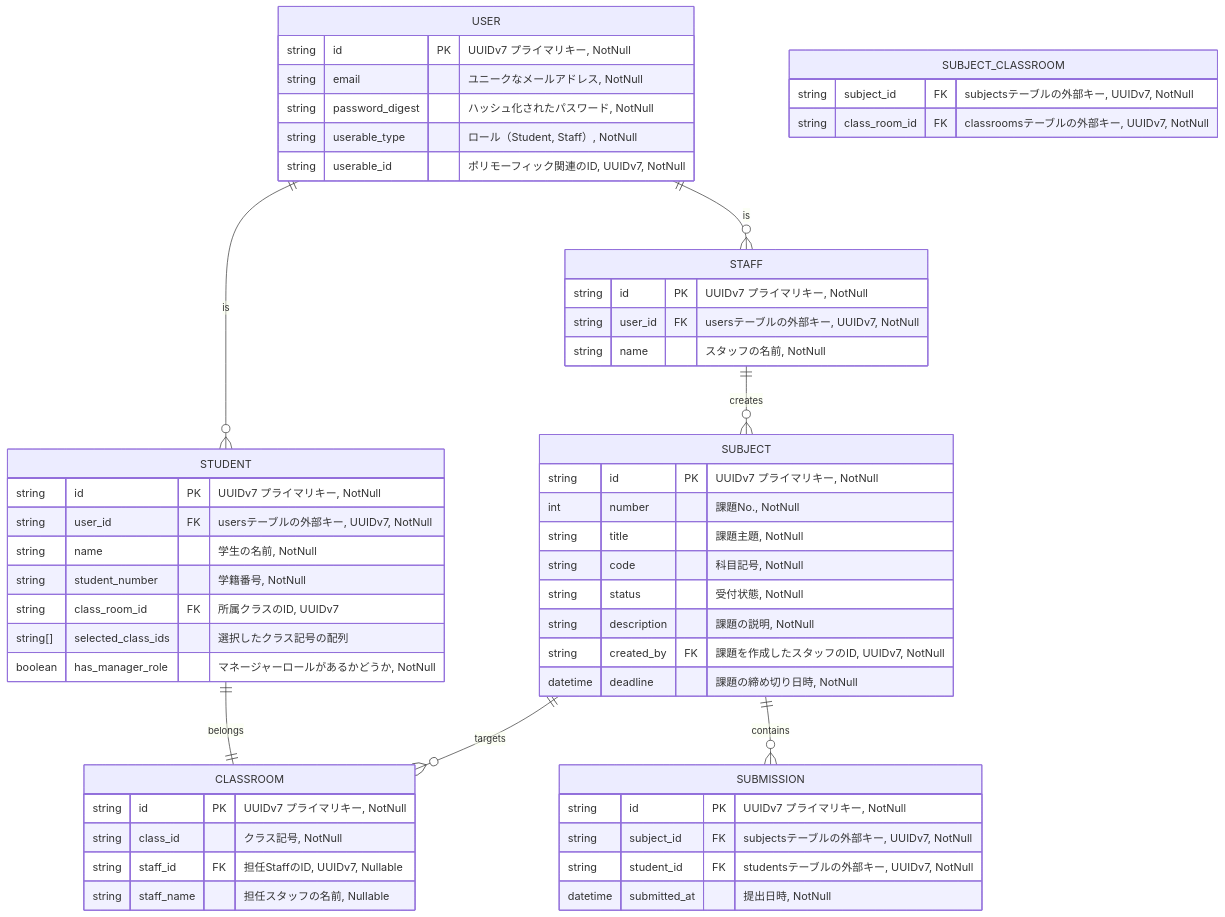
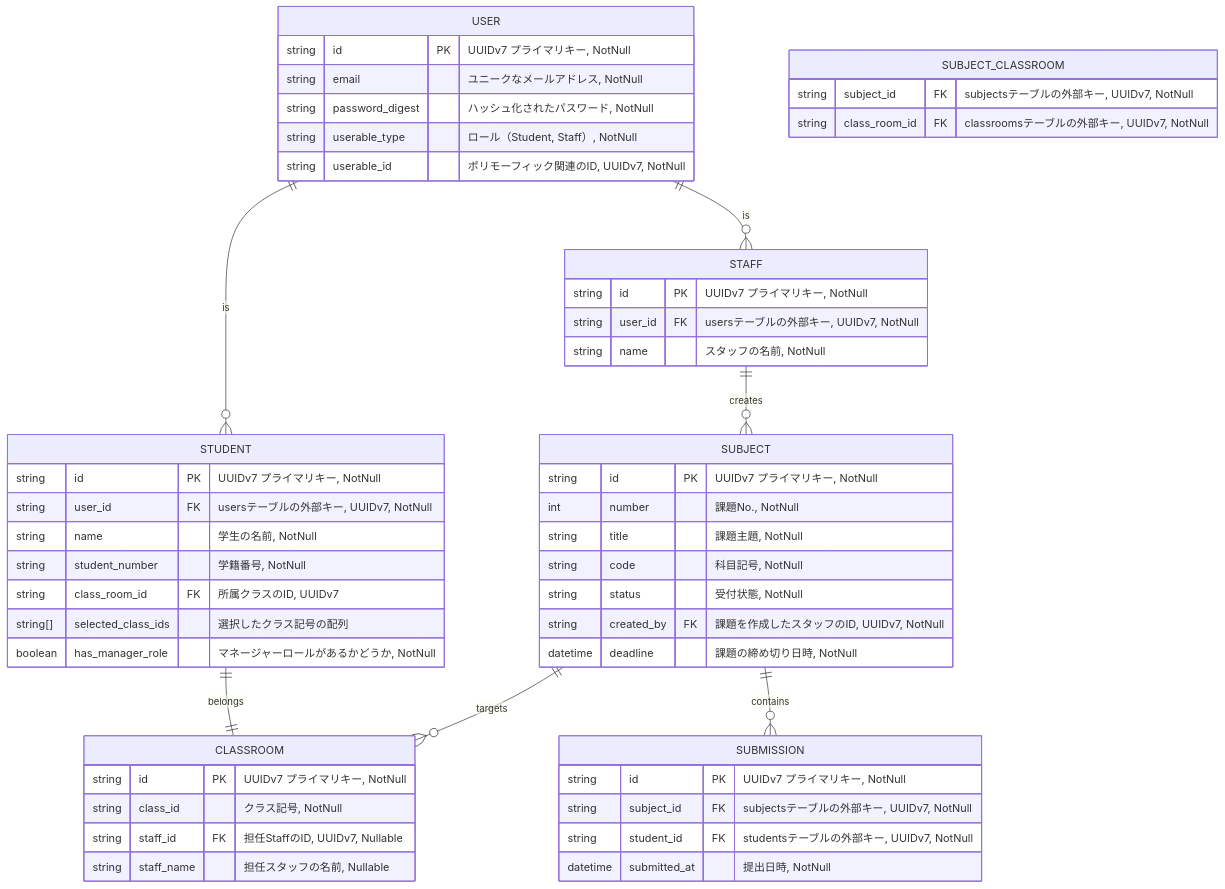
One commit to na2na-p/-AssignmentManagement changed the diagram in docs/db.md. Above: the diagram before and after it, drawn with Mermaid. The commit also changed 3 other files, not shown here.

````diff
--- a/docs/db.md
+++ b/docs/db.md
@@ -1,58 +1,57 @@
 ```mermaid
 erDiagram
 	USER ||--o{ STUDENT : "is"
 	USER ||--o{ STAFF : "is"
 	USER {
 		string id PK "UUIDv7 プライマリキー, NotNull"
 		string email "ユニークなメールアドレス, NotNull"
 		string password_digest "ハッシュ化されたパスワード, NotNull"
 		string userable_type "ロール（Student, Staff）, NotNull"
 		string userable_id "ポリモーフィック関連のID, UUIDv7, NotNull"
 	}
 	STUDENT {
 		string id PK "UUIDv7 プライマリキー, NotNull"
 		string user_id FK "usersテーブルの外部キー, UUIDv7, NotNull"
 		string name "学生の名前, NotNull"
 		string student_number "学籍番号, NotNull"
 		string class_room_id FK "所属クラスのID, UUIDv7"
 		string[] selected_class_ids "選択したクラス記号の配列"
 		boolean has_manager_role "マネージャーロールがあるかどうか, NotNull"
 	}
 	CLASSROOM {
 		string id PK "UUIDv7 プライマリキー, NotNull"
 		string class_id "クラス記号, NotNull"
 		string staff_id FK "担任StaffのID, UUIDv7, Nullable"
 		string staff_name "担任スタッフの名前, Nullable"
 	}
 	STUDENT ||--|| CLASSROOM : "belongs"
 	STAFF {
 		string id PK "UUIDv7 プライマリキー, NotNull"
 		string user_id FK "usersテーブルの外部キー, UUIDv7, NotNull"
 		string name "スタッフの名前, NotNull"
 	}
 	SUBJECT ||--o{ SUBMISSION : contains
 	STAFF ||--o{ SUBJECT : creates
 	SUBJECT ||--o{ CLASSROOM : "targets"
 	SUBJECT {
 		string id PK "UUIDv7 プライマリキー, NotNull"
 		int number "課題No., NotNull"
 		string title "課題主題, NotNull"
 		string code "科目記号, NotNull"
 		string status "受付状態, NotNull"
-		string description "課題の説明, NotNull"
 		string created_by FK "課題を作成したスタッフのID, UUIDv7, NotNull"
 		datetime deadline "課題の締め切り日時, NotNull"
 	}
 	SUBMISSION {
 		string id PK "UUIDv7 プライマリキー, NotNull"
 		string subject_id FK "subjectsテーブルの外部キー, UUIDv7, NotNull"
 		string student_id FK "studentsテーブルの外部キー, UUIDv7, NotNull"
 		datetime submitted_at "提出日時, NotNull"
 	}
 	SUBJECT_CLASSROOM {
 		string subject_id FK "subjectsテーブルの外部キー, UUIDv7, NotNull"
 		string class_room_id FK "classroomsテーブルの外部キー, UUIDv7, NotNull"
 	}
 
 
 ```
````
